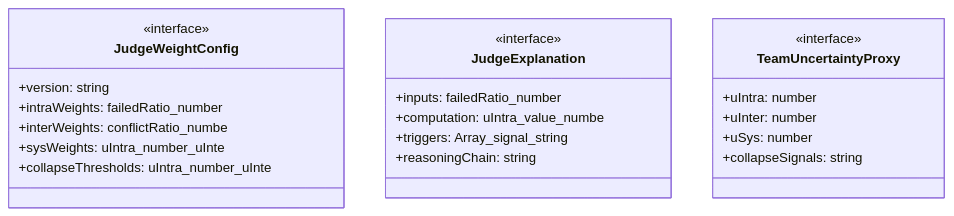
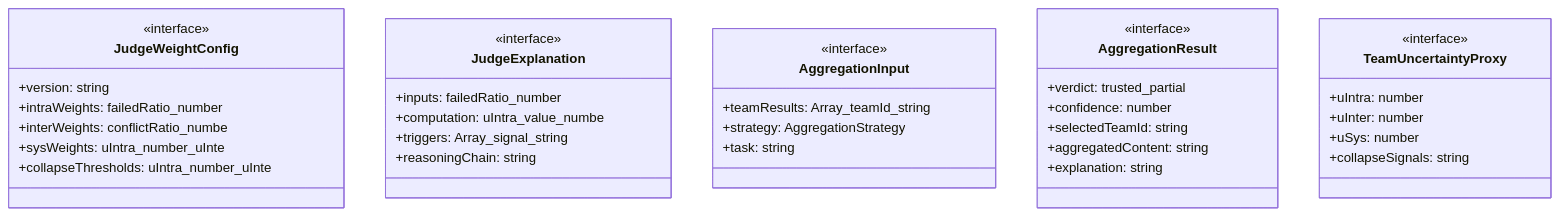
Before and after one commit to Mekann2904/mekann: the first of 4 diagrams in ABDD/.pi/extensions/agent-teams/judge.md, drawn with Mermaid. The commit also changed other lines of this file and 257 other files, not shown here.

````diff
--- a/ABDD/.pi/extensions/agent-teams/judge.md
+++ b/ABDD/.pi/extensions/agent-teams/judge.md
@@ -48,25 +51,39 @@
 ```mermaid
 classDiagram
   class JudgeWeightConfig {
     <<interface>>
     +version: string
     +intraWeights: failedRatio_number
     +interWeights: conflictRatio_numbe
     +sysWeights: uIntra_number_uInte
     +collapseThresholds: uIntra_number_uInte
   }
   class JudgeExplanation {
     <<interface>>
     +inputs: failedRatio_number
     +computation: uIntra_value_numbe
     +triggers: Array_signal_string
     +reasoningChain: string
   }
+  class AggregationInput {
+    <<interface>>
+    +teamResults: Array_teamId_string
+    +strategy: AggregationStrategy
+    +task: string
+  }
+  class AggregationResult {
+    <<interface>>
+    +verdict: trusted_partial
+    +confidence: number
+    +selectedTeamId: string
+    +aggregatedContent: string
+    +explanation: string
+  }
   class TeamUncertaintyProxy {
     <<interface>>
     +uIntra: number
     +uInter: number
     +uSys: number
     +collapseSignals: string
   }
 ```
````
